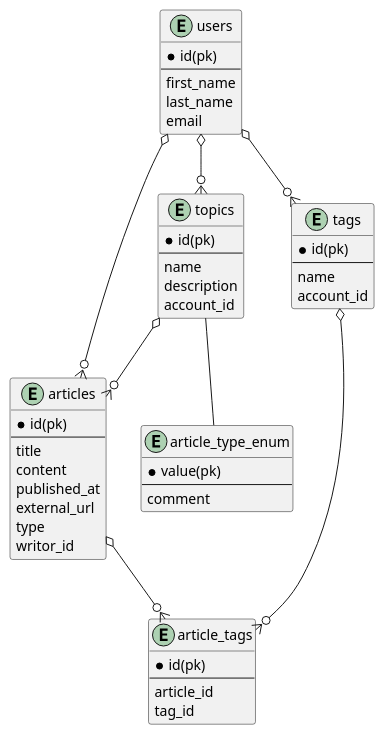
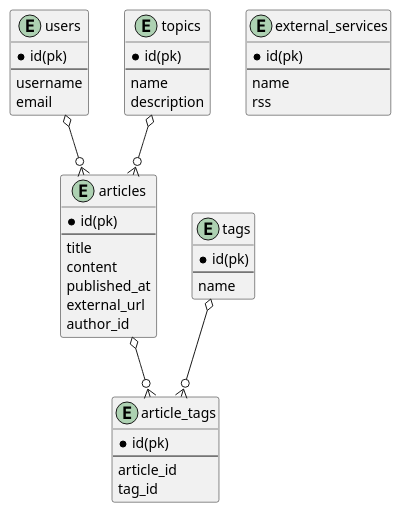
The diagram in go_api/er/nozo_blog_api.wsd (nozomi-iida/dep-nozo_blog), drawn with PlantUML before and after one commit. The commit also changed 1 other file, not shown here.

Commit message:
refactor: fix er diagram

```diff
--- a/go_api/er/nozo_blog_api.wsd
+++ b/go_api/er/nozo_blog_api.wsd
@@ -1,58 +1,52 @@
 @startuml slack
 
 entity users {
   *id(pk)
   --
-  first_name
-  last_name
+  username
   email
-}
-
-entity article_type_enum {
-  *value(pk)
-  --
-  comment
 }
 
 entity articles {
   *id(pk)
   --
   title
   content
   published_at
   external_url
-  type
-  writor_id
+  author_id
 }
 
 entity topics {
   *id(pk)
   --
   name
   description
-  account_id
 }
 
 entity tags {
   *id(pk)
   --
   name
-  account_id
 }
 
 entity article_tags {
   *id(pk)
   --
   article_id
   tag_id
 }
 
+entity external_services {
+  *id(pk)
+  --
+  name
+  rss
+}
+
 users o--o{ articles
-users o--o{ tags 
-users o--o{ topics 
-topics -- article_type_enum
 topics o--o{ articles
 articles o--o{ article_tags
 tags o--o{ article_tags
 
 @enduml
```
